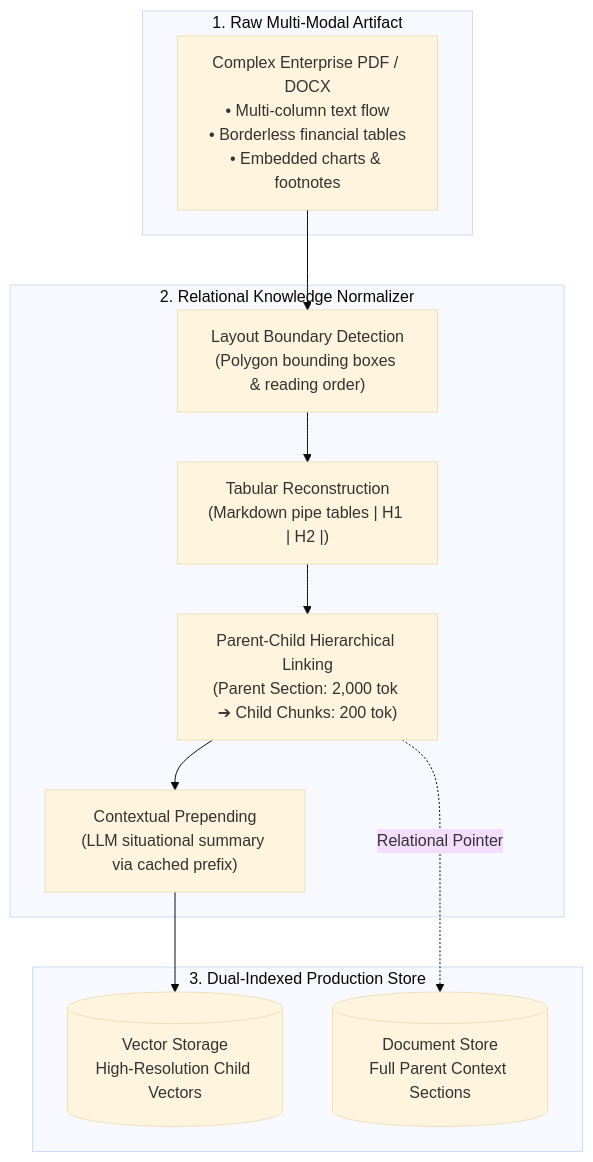
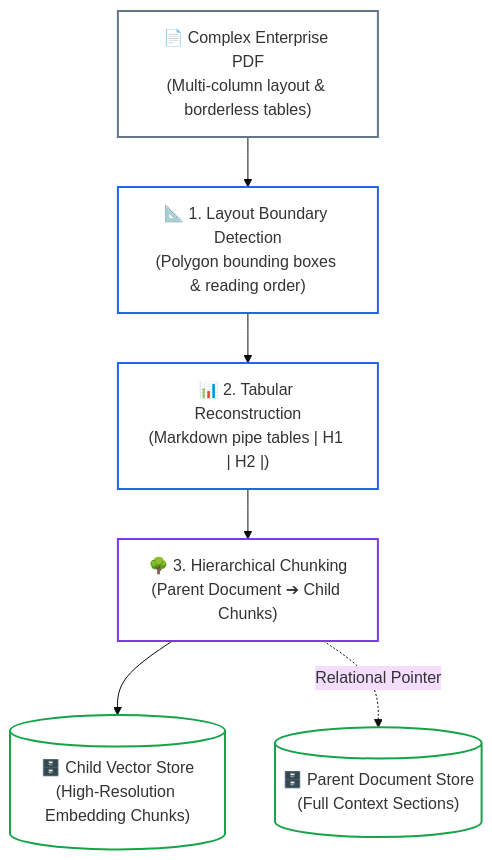
The second of 2 diagrams in 02-rag-and-knowledge-systems/01-document-parsing-and-chunking.md (dip4k/senior-engineer-to-ai-engineer-roadmap), drawn with Mermaid (base theme) before and after one commit. The commit also changed other lines of this file and 39 other files, not shown here.

First line of the commit message:
feat(curriculum): upgrade mermaid diagrams with unicode icons & codify anti-bloat layout rules

````diff
--- a/02-rag-and-knowledge-systems/01-document-parsing-and-chunking.md
+++ b/02-rag-and-knowledge-systems/01-document-parsing-and-chunking.md
@@ -53,25 +58,16 @@
 ```mermaid
 flowchart TD
-    subgraph RawWorld["1. Raw Multi-Modal Artifact"]
-        Doc["Complex Enterprise PDF / DOCX<br>• Multi-column text flow<br>• Borderless financial tables<br>• Embedded charts & footnotes"]
-    end
+    Doc["📄 Complex Enterprise PDF<br>(Multi-column layout & borderless tables)"] --> Detect["📐 1. Layout Boundary Detection<br>(Polygon bounding boxes & reading order)"]
+    Detect --> Reconstruct["📊 2. Tabular Reconstruction<br>(Markdown pipe tables | H1 | H2 |)"]
+    Reconstruct --> Chunking["🌳 3. Hierarchical Chunking<br>(Parent Document ➔ Child Chunks)"]
+    
+    Chunking --> ChildVDB[("🗄️ Child Vector Store<br>(High-Resolution Embedding Chunks)")]
+    Chunking -.->|"Relational Pointer"| ParentStore[("🗄️ Parent Document Store<br>(Full Context Sections)")]
 
-    subgraph Normalizer["2. Relational Knowledge Normalizer"]
-        Detect["Layout Boundary Detection<br>(Polygon bounding boxes & reading order)"]
-        Reconstruct["Tabular Reconstruction<br>(Markdown pipe tables | H1 | H2 |)"]
-        Hierarchy["Parent-Child Hierarchical Linking<br>(Parent Section: 2,000 tok ➔ Child Chunks: 200 tok)"]
-        Enrich["Contextual Prepending<br>(LLM situational summary via cached prefix)"]
-    end
-
-    subgraph NormalizedIndex["3. Dual-Indexed Production Store"]
-        ChildVDB[("Vector Storage<br>High-Resolution Child Vectors")]
-        ParentStore[("Document Store<br>Full Parent Context Sections")]
-    end
-
-    Doc --> Detect
-    Detect --> Reconstruct
-    Reconstruct --> Hierarchy
-    Hierarchy --> Enrich
-    Enrich --> ChildVDB
-    Hierarchy -.->|Relational Pointer| ParentStore
+    style Doc stroke:#64748b,stroke-width:2px,fill:none;
+    style Detect stroke:#2563eb,stroke-width:2px,fill:none;
+    style Reconstruct stroke:#2563eb,stroke-width:2px,fill:none;
+    style Chunking stroke:#7c3aed,stroke-width:2px,fill:none;
+    style ChildVDB stroke:#16a34a,stroke-width:2px,fill:none;
+    style ParentStore stroke:#16a34a,stroke-width:2px,fill:none;
 ```
````
